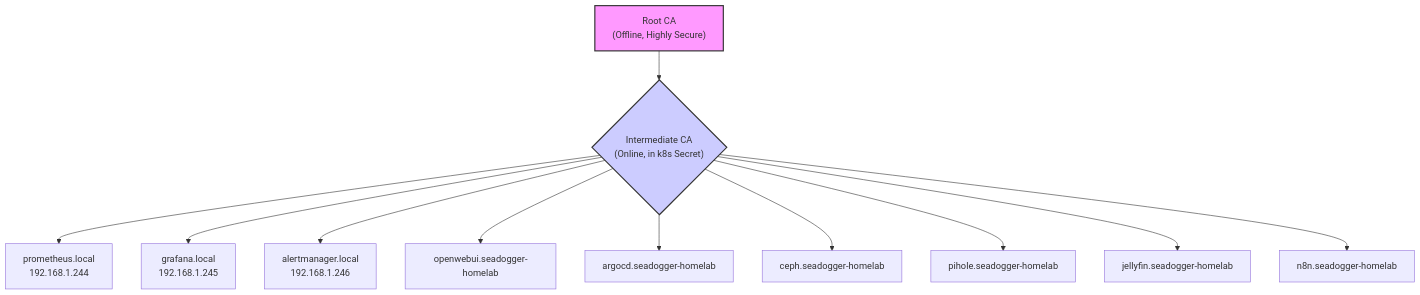
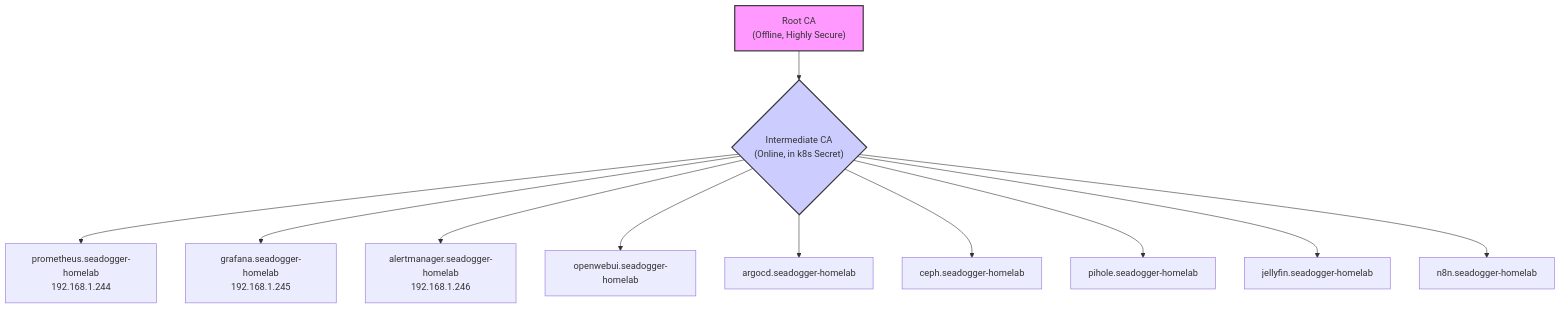
Before and after one commit to seadogger-tech/seadogger-homelab: the first of 8 diagrams in docs/wiki/08-Security-and-Certificates.md, drawn with Mermaid. The commit also changed other lines of this file and 15 other files, not shown here.

````diff
--- a/docs/wiki/08-Security-and-Certificates.md
+++ b/docs/wiki/08-Security-and-Certificates.md
@@ -15,16 +15,16 @@
 ```mermaid
 graph TD
     A["Root CA<br>(Offline, Highly Secure)"] --> B{"Intermediate CA<br>(Online, in k8s Secret)"};
-    B --> prometheus["prometheus.local<br>192.168.1.244"];
-    B --> grafana["grafana.local<br>192.168.1.245"];
-    B --> alertmanager["alertmanager.local<br>192.168.1.246"];
+    B --> prometheus["prometheus.seadogger-homelab<br>192.168.1.244"];
+    B --> grafana["grafana.seadogger-homelab<br>192.168.1.245"];
+    B --> alertmanager["alertmanager.seadogger-homelab<br>192.168.1.246"];
     B --> openwebui["openwebui.seadogger-homelab"];
     B --> argocd["argocd.seadogger-homelab"];
     B --> ceph["ceph.seadogger-homelab"];
     B --> pihole["pihole.seadogger-homelab"];
     B --> jellyfin["jellyfin.seadogger-homelab"];
     B --> n8n["n8n.seadogger-homelab"];
 
     style A fill:#f9f,stroke:#333,stroke-width:2px
     style B fill:#ccf,stroke:#333,stroke-width:2px
 ```
````
